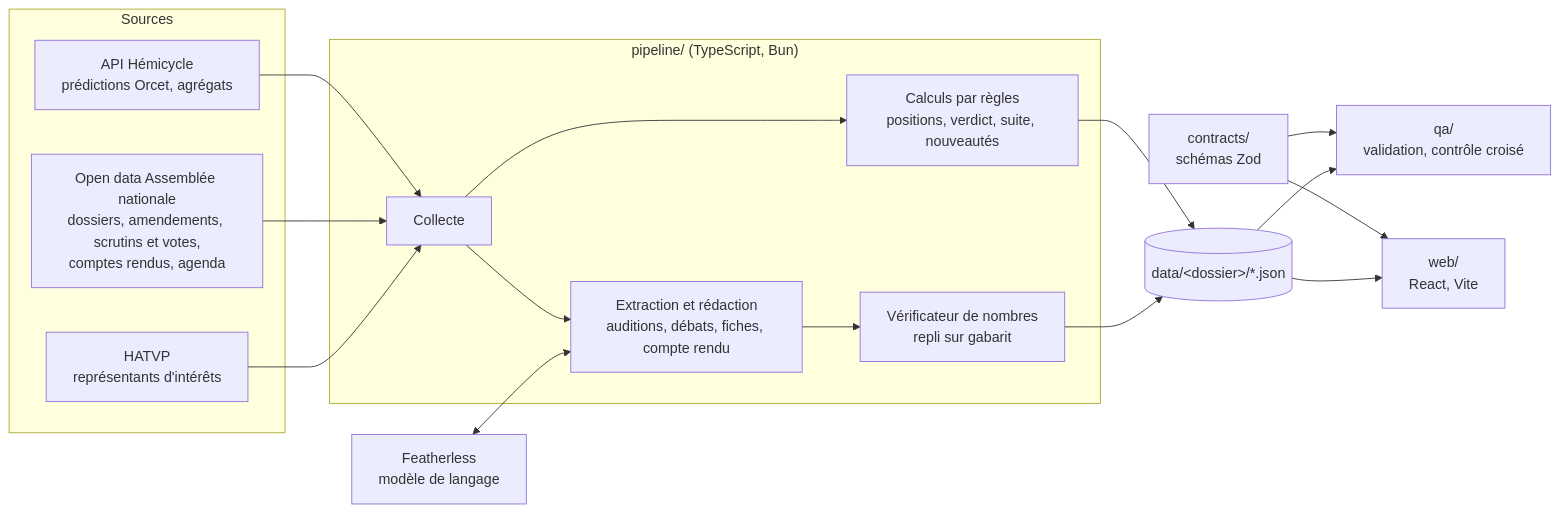
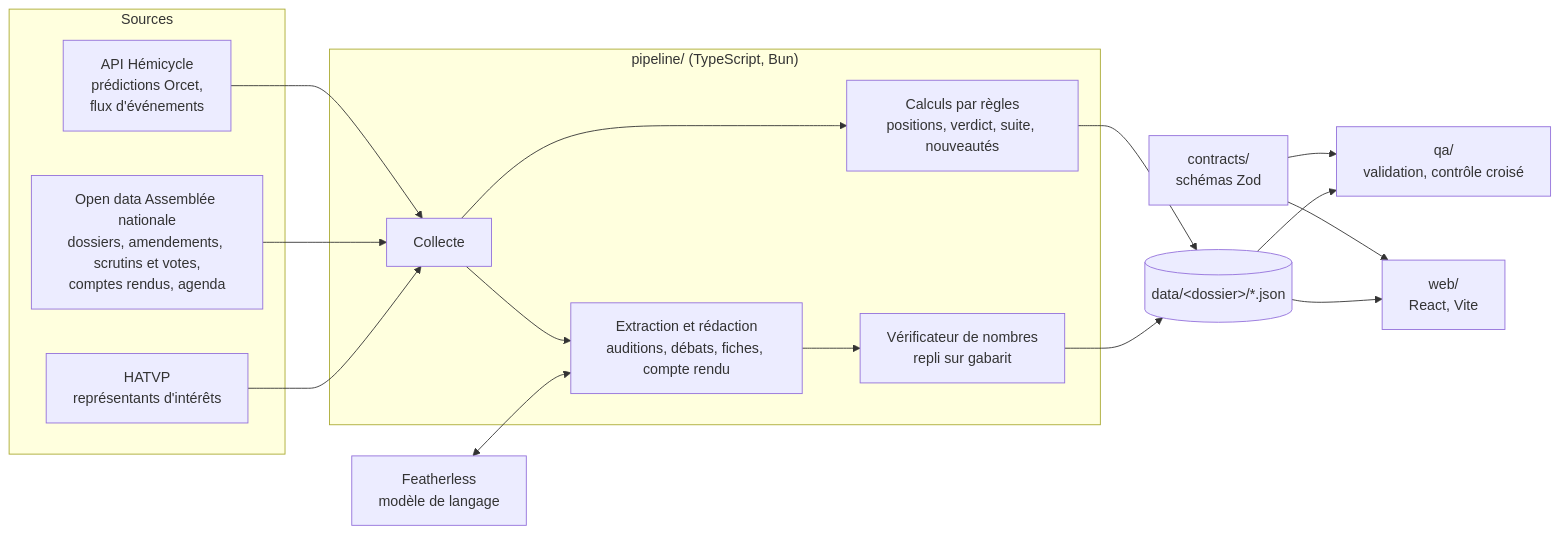
One commit to aaxxeell09/Legiscope changed the diagram in README.md. Above: the diagram before and after it, drawn with Mermaid. The commit also changed other lines of this file, not shown here.

First line of the commit message:
docs: README, rôle exact de l'API Hémicycle et du modèle

````diff
--- a/README.md
+++ b/README.md
@@ -102,29 +102,29 @@
 ```mermaid
 flowchart LR
   subgraph S["Sources"]
-    H["API Hémicycle<br/>prédictions Orcet, agrégats"]
+    H["API Hémicycle<br/>prédictions Orcet,<br/>flux d'événements"]
     AN["Open data Assemblée nationale<br/>dossiers, amendements, scrutins et votes,<br/>comptes rendus, agenda"]
     HA["HATVP<br/>représentants d'intérêts"]
   end
   subgraph P["pipeline/ (TypeScript, Bun)"]
     C["Collecte"]
     R["Calculs par règles<br/>positions, verdict, suite, nouveautés"]
     L["Extraction et rédaction<br/>auditions, débats, fiches, compte rendu"]
     V["Vérificateur de nombres<br/>repli sur gabarit"]
   end
   F["Featherless<br/>modèle de langage"]
   D[("data/&lt;dossier&gt;/*.json")]
   K["contracts/<br/>schémas Zod"]
   Q["qa/<br/>validation, contrôle croisé"]
   W["web/<br/>React, Vite"]
   H --> C
   AN --> C
   HA --> C
   C --> R --> D
   C --> L --> V --> D
   F <--> L
   K --> Q
   K --> W
   D --> Q
   D --> W
 ```
````
